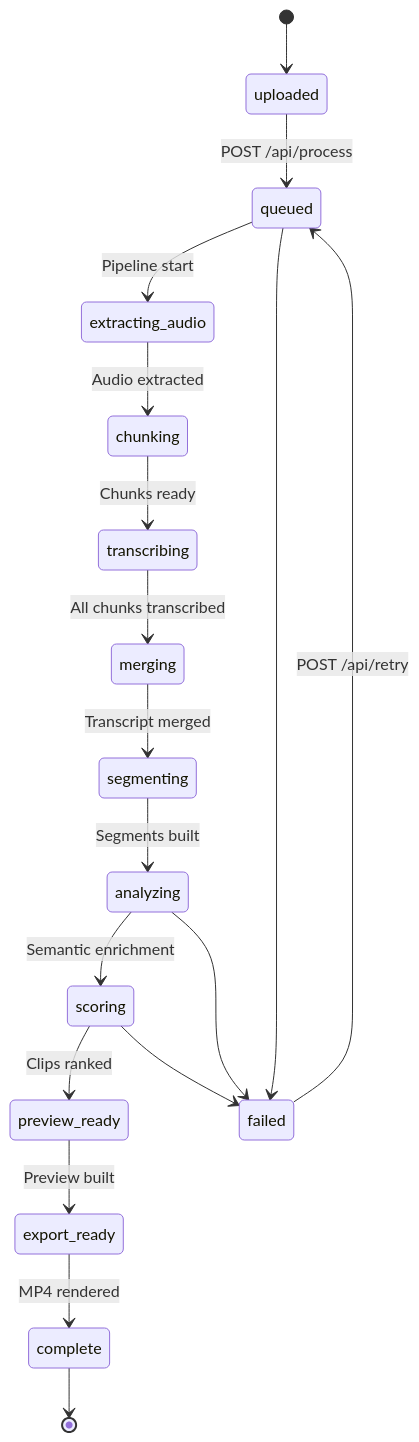
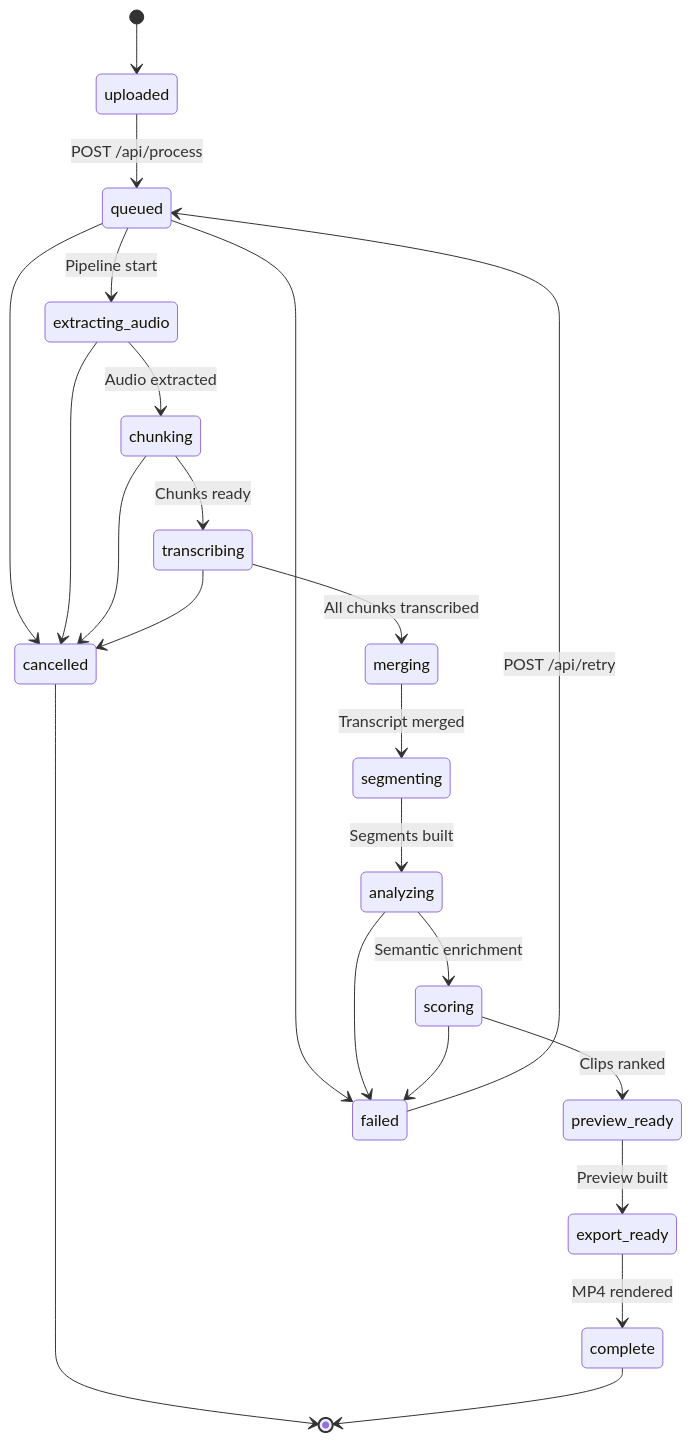
Diagram 11 of 16 in README.md (samm329-ui/Trimora_v2), drawn with Mermaid before and after one commit. The commit also changed other lines of this file, not shown here.

First line of the commit message:
docs: update README with pipeline contracts and Mermaid fixes

````diff
--- a/README.md
+++ b/README.md
@@ -986,22 +1041,28 @@
 ```mermaid
 stateDiagram-v2
     [*] --> uploaded
     uploaded --> queued : POST /api/process
     queued --> extracting_audio : Pipeline start
     extracting_audio --> chunking : Audio extracted
     chunking --> transcribing : Chunks ready
     transcribing --> merging : All chunks transcribed
     merging --> segmenting : Transcript merged
     segmenting --> analyzing : Segments built
     analyzing --> scoring : Semantic enrichment
     scoring --> preview_ready : Clips ranked
     preview_ready --> export_ready : Preview built
     export_ready --> complete : MP4 rendered
 
     queued --> failed
     analyzing --> failed
     scoring --> failed
+
+    queued --> cancelled
+    extracting_audio --> cancelled
+    chunking --> cancelled
+    transcribing --> cancelled
+    cancelled --> [*]
+
     complete --> [*]
-
     failed --> queued : POST /api/retry
 ```
````
